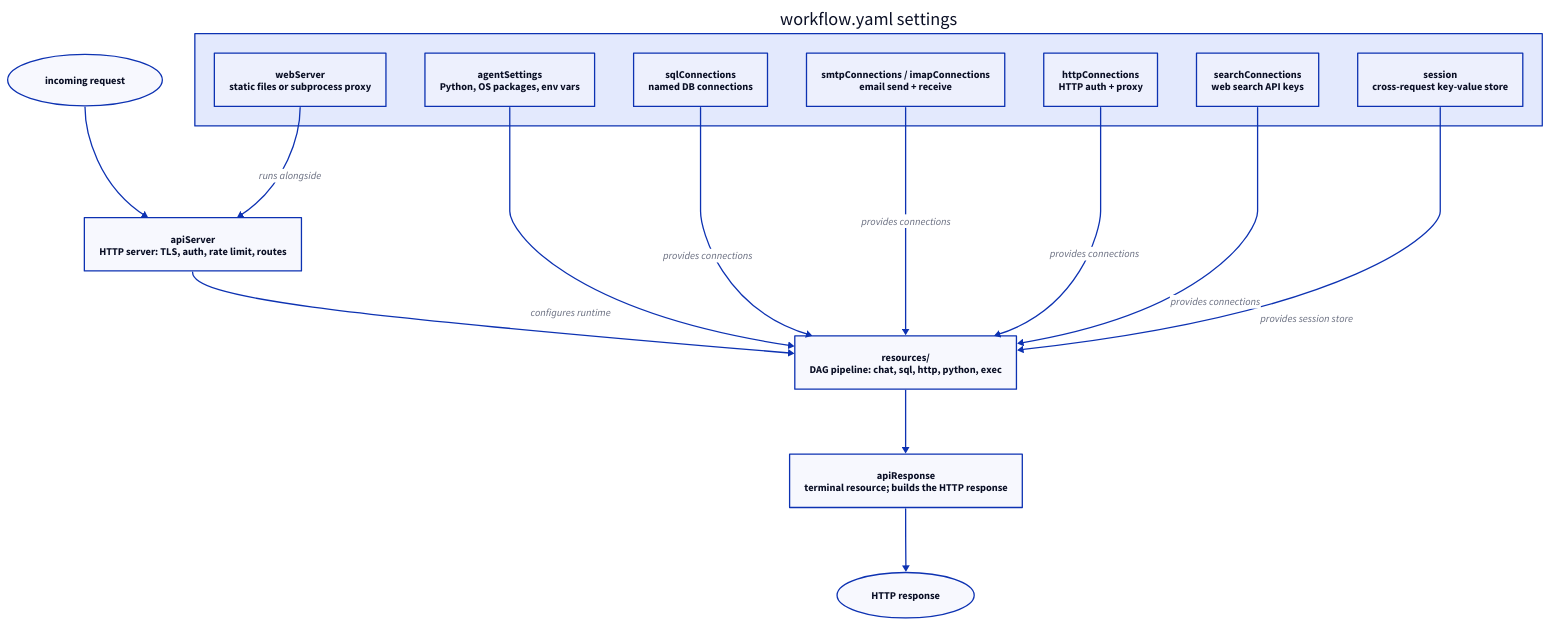
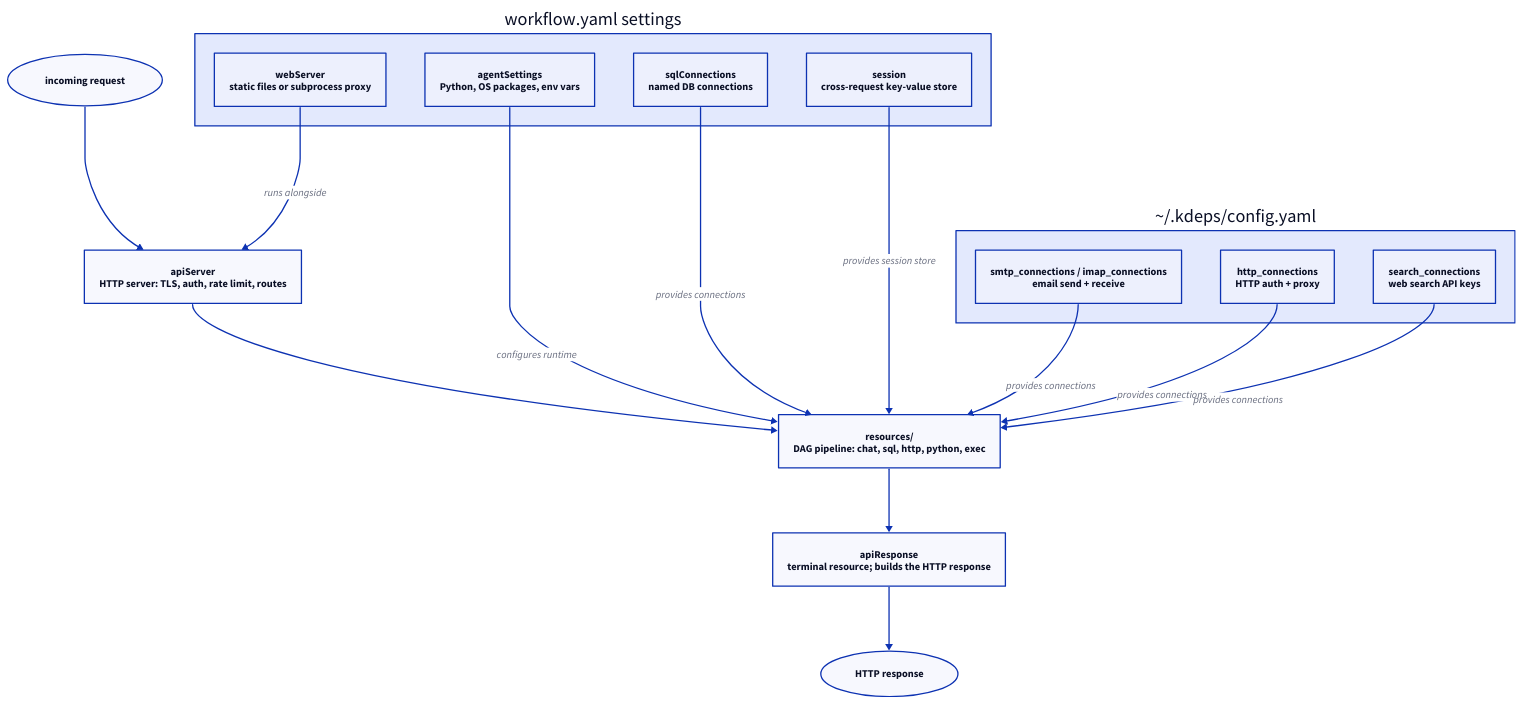
Before and after one commit to kdeps/kdeps: the diagram in docs/v2/configuration/workflow.md, drawn with D2. The commit also changed other lines of this file and 32 other files, not shown here.

First line of the commit message:
refactor: move bot credentials to ~/.kdeps/config.yaml bot_connections

````diff
--- a/docs/v2/configuration/workflow.md
+++ b/docs/v2/configuration/workflow.md
@@ -7,29 +7,32 @@
 ```d2
 direction: down
 
 A: incoming request {shape: oval}
 B: "apiServer\nHTTP server: TLS, auth, rate limit, routes"
 C: "resources/\nDAG pipeline: chat, sql, http, python, exec"
 D: "apiResponse\nterminal resource; builds the HTTP response"
 E: HTTP response {shape: oval}
 
 A -> B -> C -> D -> E
 
 settings: workflow.yaml settings {
   B2: "webServer\nstatic files or subprocess proxy"
   B3: "agentSettings\nPython, OS packages, env vars"
   B4: "sqlConnections\nnamed DB connections"
-  B6: "smtpConnections / imapConnections\nemail send + receive"
-  B7: "httpConnections\nHTTP auth + proxy"
-  B8: "searchConnections\nweb search API keys"
   B5: "session\ncross-request key-value store"
+}
+
+global: "~/.kdeps/config.yaml" {
+  G1: "smtp_connections / imap_connections\nemail send + receive"
+  G2: "http_connections\nHTTP auth + proxy"
+  G3: "search_connections\nweb search API keys"
 }
 
 settings.B3 -> C: configures runtime
 settings.B4 -> C: provides connections
-settings.B6 -> C: provides connections
-settings.B7 -> C: provides connections
-settings.B8 -> C: provides connections
 settings.B5 -> C: provides session store
 settings.B2 -> B: runs alongside
+global.G1 -> C: provides connections
+global.G2 -> C: provides connections
+global.G3 -> C: provides connections
 ```
````
